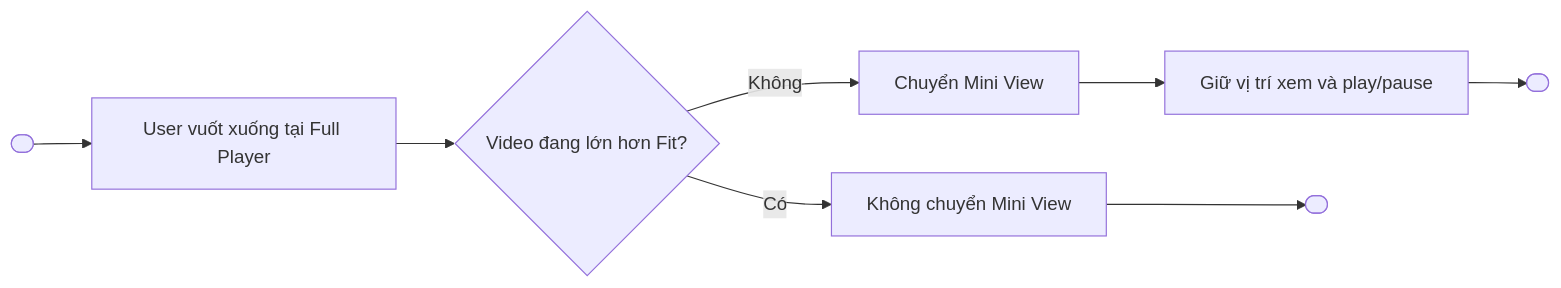
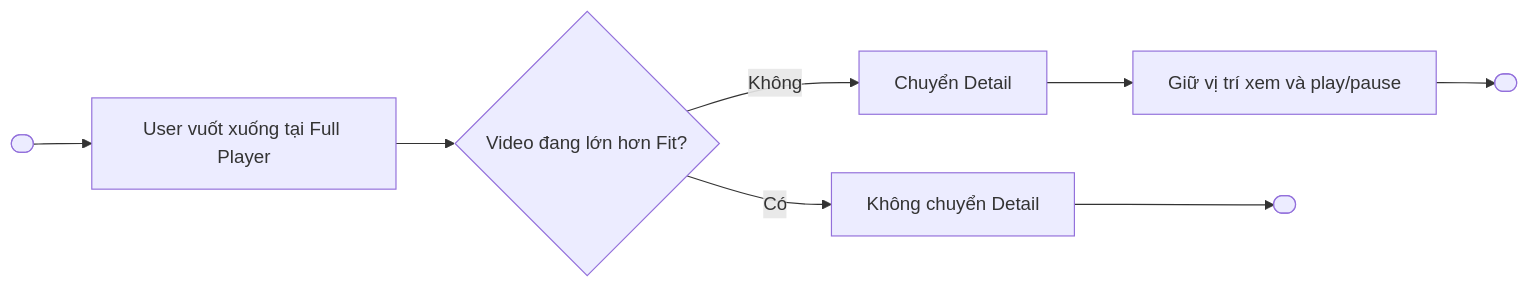
One commit to duongdang1136/FPTPLay changed the seventh of 10 diagrams in features/final-docs/Video-Player/Gesture-Video-Player/product/Gesture-Video-Player-Spec.md. Above: the diagram before and after it, drawn with Mermaid.

````diff
--- a/features/final-docs/Video-Player/Gesture-Video-Player/product/Gesture-Video-Player-Spec.md
+++ b/features/final-docs/Video-Player/Gesture-Video-Player/product/Gesture-Video-Player-Spec.md
@@ -500,10 +500,10 @@
 ```mermaid
 flowchart LR
  Start([" "]) --> A["User vuốt xuống tại Full Player"]
  A --> B{"Video đang lớn hơn Fit?"}
- B -- Có --> C["Không chuyển Mini View"]
- B -- Không --> D["Chuyển Mini View"]
+ B -- Có --> C["Không chuyển Detail"]
+ B -- Không --> D["Chuyển Detail"]
  D --> E["Giữ vị trí xem và play/pause"]
  C --> End1([" "])
  E --> End2([" "])
 ```
````
